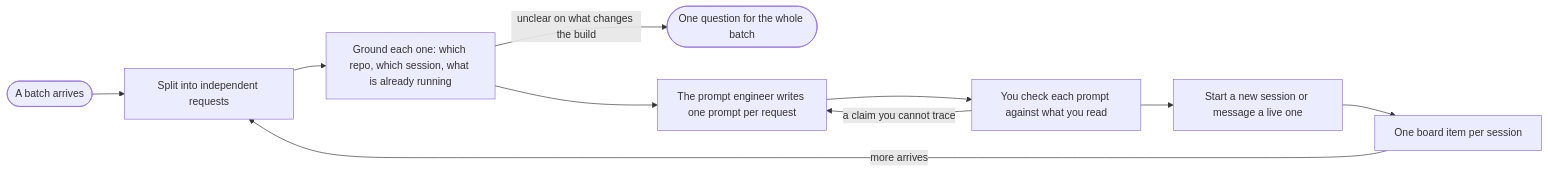
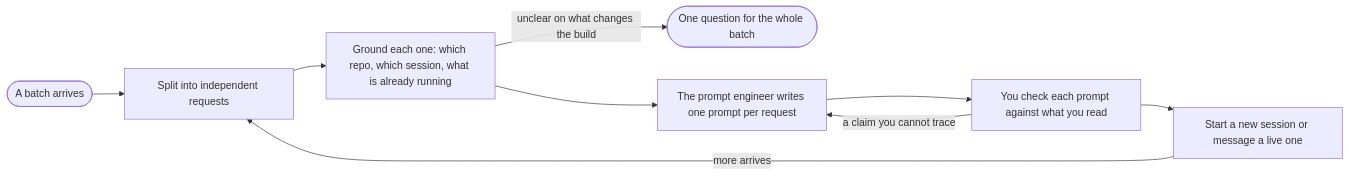
The diagram in skills/mode/modes/dispatcher.md (EthanITA/Mode), drawn with Mermaid before and after one commit. The commit also changed other lines of this file and 2 other files, not shown here.

Commit message:
feat(modes): dispatcher is one-way, it starts sessions from ~/Notes and never waits on or relays a reply

````diff
--- a/skills/mode/modes/dispatcher.md
+++ b/skills/mode/modes/dispatcher.md
@@ -32,12 +32,11 @@
 ```mermaid
 flowchart LR
     R([A batch arrives]) --> S[Split into independent requests]
     S --> G[Ground each one: which repo, which session, what is already running]
     G -- unclear on what changes the build --> Q([One question for the whole batch])
     G --> E[The prompt engineer writes one prompt per request]
     E --> V[You check each prompt against what you read]
     V -- a claim you cannot trace --> E
     V --> D[Start a new session or message a live one]
-    D --> T[One board item per session]
-    T -- more arrives --> S
+    D -- more arrives --> S
 ```
````
